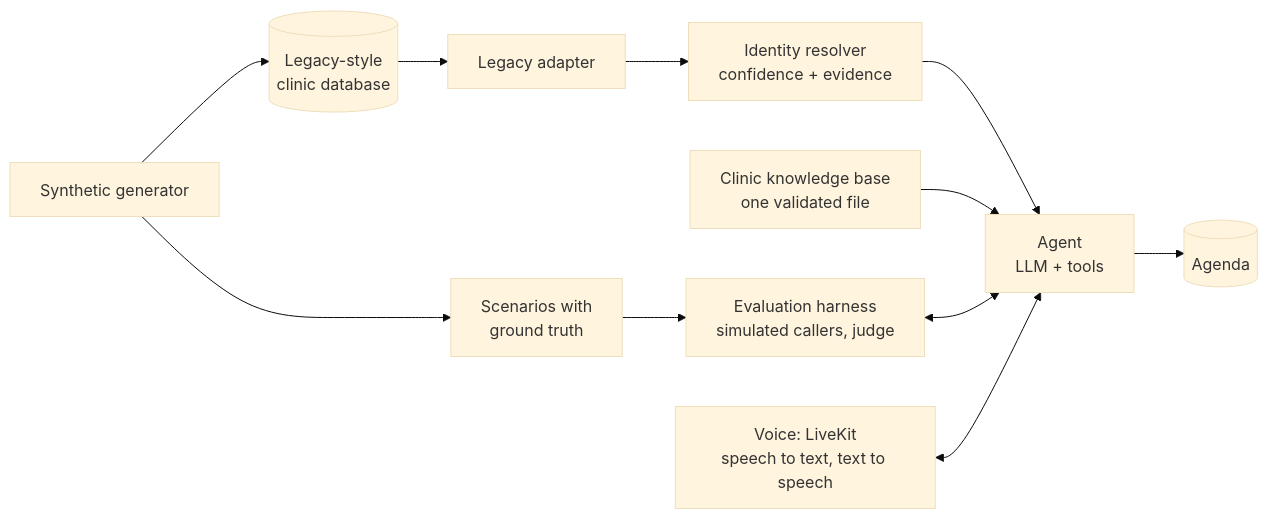
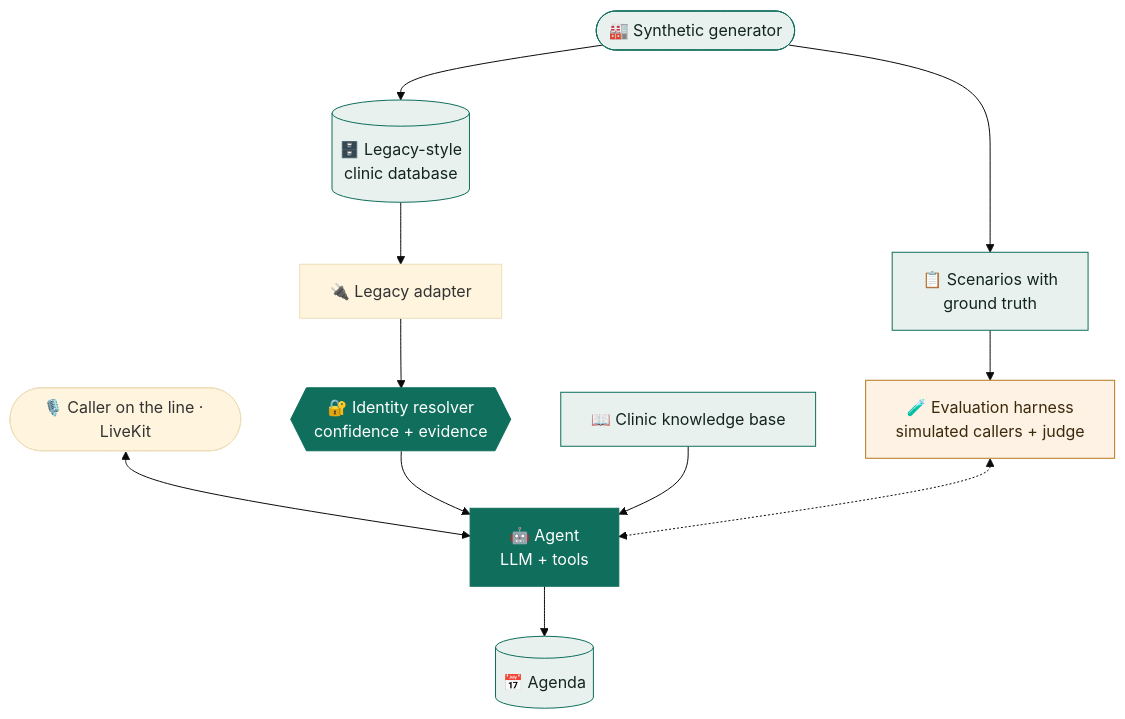
One commit to ferreret/vet-front-desk-agent changed the diagram in README.md. Above: the diagram before and after it, drawn with Mermaid (base theme). The commit also changed other lines of this file, not shown here.

````diff
--- a/README.md
+++ b/README.md
@@ -50,12 +76,19 @@
 ```mermaid
-flowchart LR
-    G[Synthetic generator] --> DB[(Legacy-style<br/>clinic database)]
-    G --> S[Scenarios with<br/>ground truth]
-    DB --> A[Legacy adapter] --> R[Identity resolver<br/>confidence + evidence]
-    R --> AG[Agent<br/>LLM + tools]
-    KB[Clinic knowledge base<br/>one validated file] --> AG
-    AG --> AGD[(Agenda)]
-    S --> H[Evaluation harness<br/>simulated callers, judge]
-    H <--> AG
-    V[Voice: LiveKit<br/>speech to text, text to speech] <--> AG
+flowchart TB
+    V([🎙️ Caller on the line · LiveKit]) <--> AG
+    G([🏭 Synthetic generator]) --> DB[(🗄️ Legacy-style<br/>clinic database)]
+    G --> S[📋 Scenarios with<br/>ground truth]
+    DB --> A[🔌 Legacy adapter] --> R{{🔐 Identity resolver<br/>confidence + evidence}}
+    R --> AG[🤖 Agent<br/>LLM + tools]
+    KB[📖 Clinic knowledge base] --> AG
+    AG --> AGD[(📅 Agenda)]
+    S --> H[🧪 Evaluation harness<br/>simulated callers + judge]
+    H <-.-> AG
+
+    classDef data fill:#e8f1ee,stroke:#0f6e5c,color:#13241f
+    classDef core fill:#0f6e5c,stroke:#0f6e5c,color:#ffffff
+    classDef test fill:#fdf2e3,stroke:#b7791f,color:#3b2a0b
+    class G,DB,S,KB,AGD data
+    class R,AG core
+    class H test
 ```
````
